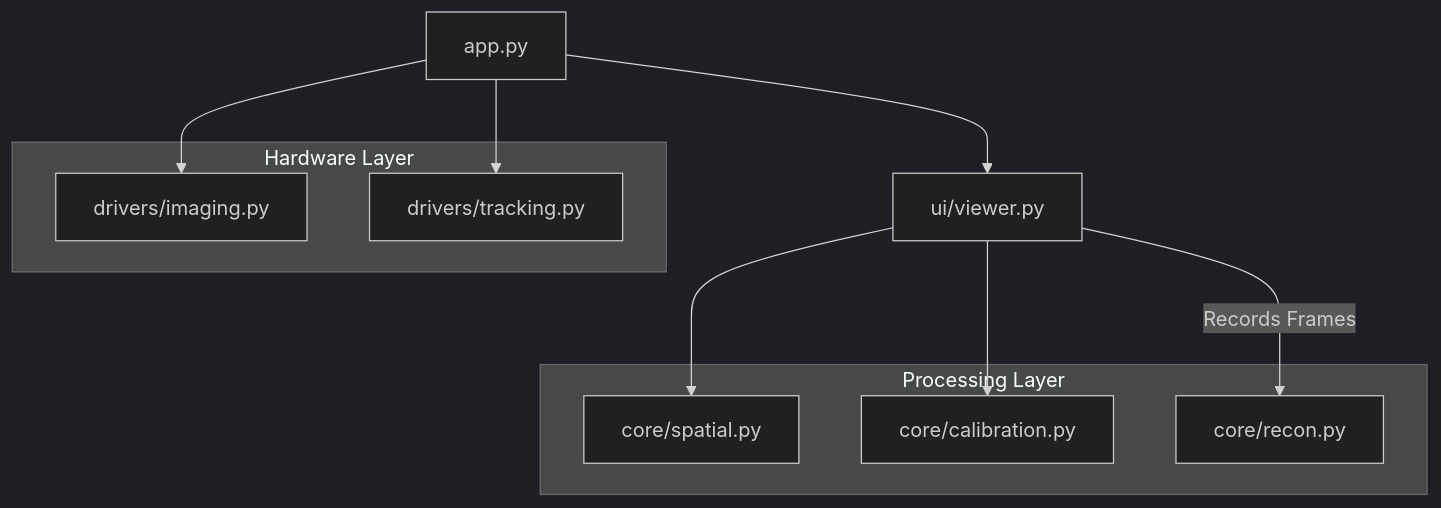
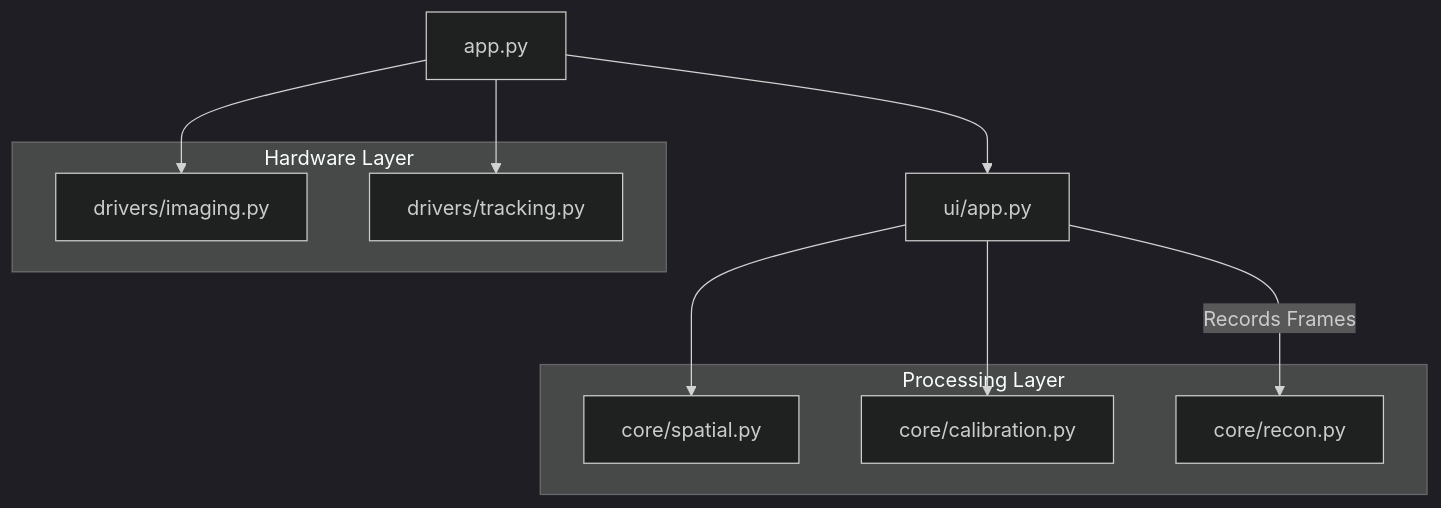
Before and after one commit to ashleydo8/ultrasound_project: the diagram in README.md, drawn with Mermaid (dark theme). The commit also changed other lines of this file, not shown here.

Commit message:
Rename viewer.py to app.py in README

````diff
--- a/README.md
+++ b/README.md
@@ -21,22 +21,22 @@
 ```mermaid
 graph TD
-    A[app.py] --> B[ui/viewer.py]
+    A[app.py] --> B[ui/app.py]
     A --> C[drivers/imaging.py]
     A --> D[drivers/tracking.py]
     
     B --> E[core/spatial.py]
     B --> F[core/calibration.py]
     
     subgraph "Hardware Layer"
     C
     D
     end
     
     subgraph "Processing Layer"
     E
     F
     G[core/recon.py]
     end
     
     B -- "Records Frames" --> G
 ```
````
